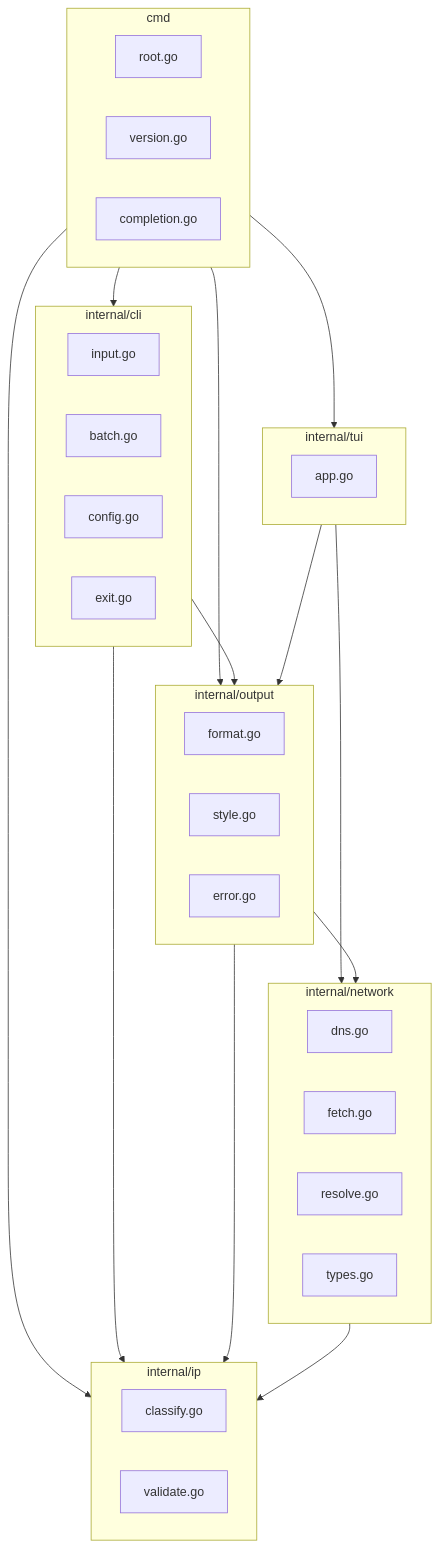
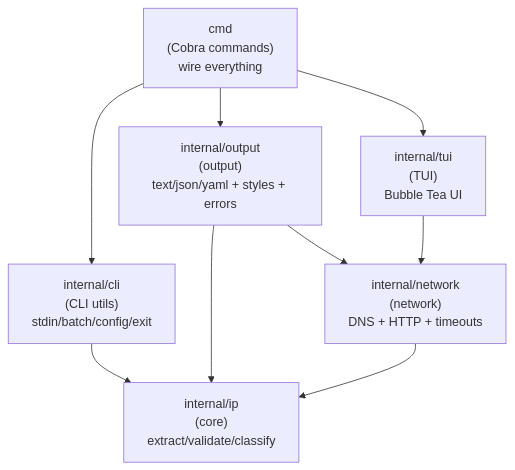
One commit to xoaochen671-code/ip-tool changed the diagram in README.md. Above: the diagram before and after it, drawn with Mermaid. The commit also changed other lines of this file, not shown here.

````diff
--- a/README.md
+++ b/README.md
@@ -87,56 +89,13 @@
 ```mermaid
 flowchart TB
-  %% 目标：清晰展示分层架构 + 单向依赖（无循环）
+  %% 分层依赖（单向，无循环） + 节点内展示职责
+  CMD["cmd<br/>(Cobra commands)<br/>wire everything"] --> CLI["internal/cli<br/>(CLI utils)<br/>stdin/batch/config/exit"]
+  CMD --> TUI["internal/tui<br/>(TUI)<br/>Bubble Tea UI"]
+  CMD --> OUT["internal/output<br/>(output)<br/>text/json/yaml + styles + errors"]
 
-  subgraph CMD[cmd]
-    cmd_root[root.go]
-    cmd_version[version.go]
-    cmd_completion[completion.go]
-  end
-
-  subgraph CLI[internal/cli]
-    cli_input[input.go]
-    cli_batch[batch.go]
-    cli_config[config.go]
-    cli_exit[exit.go]
-  end
-
-  subgraph TUI[internal/tui]
-    tui_app[app.go]
-  end
-
-  subgraph OUT[internal/output]
-    out_format[format.go]
-    out_style[style.go]
-    out_error[error.go]
-  end
-
-  subgraph NET[internal/network]
-    net_dns[dns.go]
-    net_fetch[fetch.go]
-    net_resolve[resolve.go]
-    net_types[types.go]
-  end
-
-  subgraph IP[internal/ip]
-    ip_classify[classify.go]
-    ip_validate[validate.go]
-  end
-
-  %% 依赖关系（单向）
-  CMD --> CLI
-  CMD --> TUI
-  CMD --> OUT
-  CMD --> IP
-
-  CLI --> IP
-  CLI --> OUT
-
+  CLI --> IP["internal/ip<br/>(core)<br/>extract/validate/classify"]
+  OUT --> NET["internal/network<br/>(network)<br/>DNS + HTTP + timeouts"]
+  OUT --> IP
   TUI --> NET
-  TUI --> OUT
-
-  OUT --> IP
-  OUT --> NET
-
   NET --> IP
 ```
````
